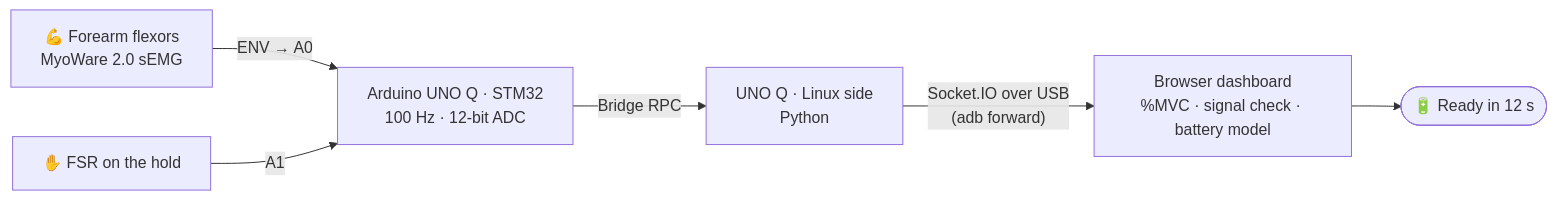
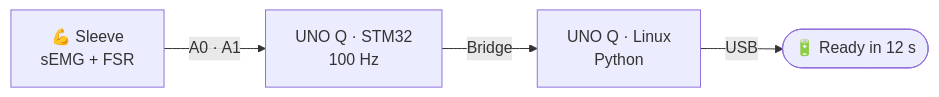
One commit to kuzeze/clyf changed the diagram in README.md. Above: the diagram before and after it, drawn with Mermaid. The commit also changed other lines of this file, not shown here.

Commit message:
README: fix maths, diagram width, safety note and table header on GitHub

````diff
--- a/README.md
+++ b/README.md
@@ -77,8 +77,6 @@
 ```mermaid
 flowchart LR
-    A["💪 Forearm flexors<br/>MyoWare 2.0 sEMG"] -- "ENV → A0" --> C
-    B["✋ FSR on the hold"] -- "A1" --> C
-    C["Arduino UNO Q · STM32<br/>100 Hz · 12-bit ADC"] -- "Bridge RPC" --> D["UNO Q · Linux side<br/>Python"]
-    D -- "Socket.IO over USB<br/>(adb forward)" --> E["Browser dashboard<br/>%MVC · signal check · battery model"]
-    E --> F(["🔋 Ready in 12 s"])
+    S["💪 Sleeve<br/>sEMG + FSR"] -- "A0 · A1" --> M["UNO Q · STM32<br/>100 Hz"]
+    M -- "Bridge" --> L["UNO Q · Linux<br/>Python"]
+    L -- "USB" --> D(["🔋 Ready in 12 s"])
 ```
````
